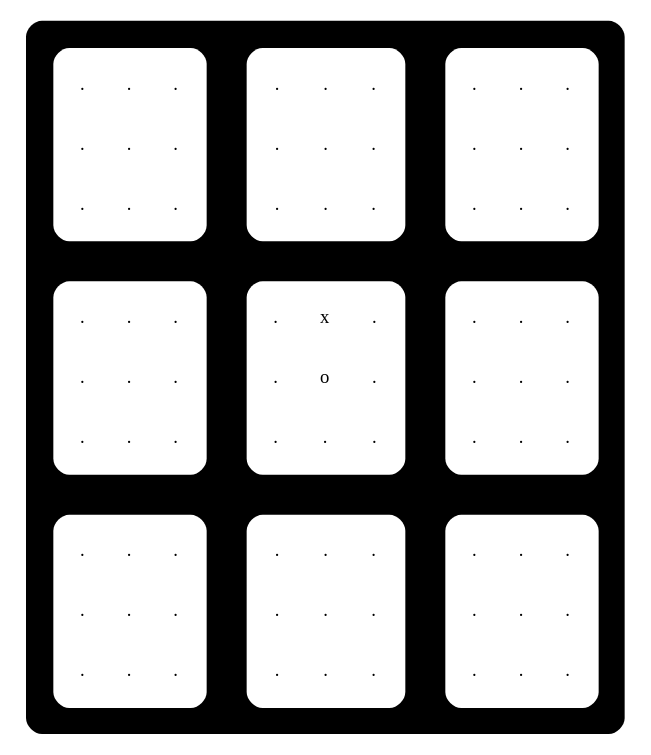
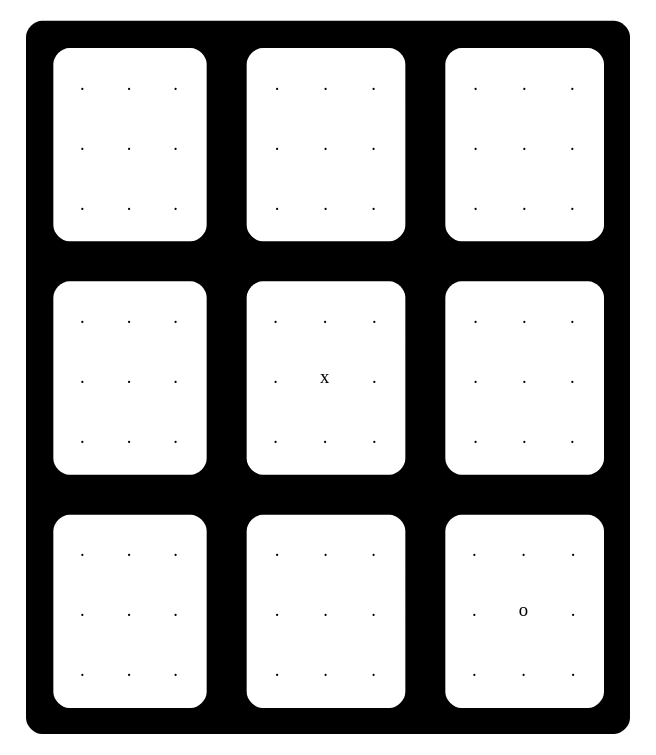
Before and after one commit to NicolasCestMoi/filrougeVRAI: the diagram in filrougesuite-codespace-stunning-space-trout-pvwr4pq6qpqf64rv/filrougeAAP-main/super_morpion/morpionUlt.dot, drawn with Graphviz. The commit also changed other lines of this file and 2 other files, not shown here.

```diff
--- a/filrougesuite-codespace-stunning-space-trout-pvwr4pq6qpqf64rv/filrougeAAP-main/super_morpion/morpionUlt.dot
+++ b/filrougesuite-codespace-stunning-space-trout-pvwr4pq6qpqf64rv/filrougeAAP-main/super_morpion/morpionUlt.dot
@@ -1,182 +1,182 @@
 digraph {
   a0 [shape=none label=<<TABLE border="0" cellspacing="10" cellpadding="10" style="rounded" bgcolor="black">
     <TR>
 <TD bgcolor="black">
 <TABLE border="0" cellspacing="10" cellpadding="10" style="rounded" bgcolor="white">
   <TR>
     <TD bgcolor="white">.</TD>
     <TD bgcolor="white">.</TD>
     <TD bgcolor="white">.</TD>
   </TR>
   <TR>
     <TD bgcolor="white">.</TD>
     <TD bgcolor="white">.</TD>
     <TD bgcolor="white">.</TD>
   </TR>
   <TR>
     <TD bgcolor="white">.</TD>
     <TD bgcolor="white">.</TD>
     <TD bgcolor="white">.</TD>
   </TR>
 </TABLE>
 </TD>
 <TD bgcolor="black">
 <TABLE border="0" cellspacing="10" cellpadding="10" style="rounded" bgcolor="white">
   <TR>
     <TD bgcolor="white">.</TD>
     <TD bgcolor="white">.</TD>
     <TD bgcolor="white">.</TD>
   </TR>
   <TR>
     <TD bgcolor="white">.</TD>
     <TD bgcolor="white">.</TD>
     <TD bgcolor="white">.</TD>
   </TR>
   <TR>
     <TD bgcolor="white">.</TD>
     <TD bgcolor="white">.</TD>
     <TD bgcolor="white">.</TD>
   </TR>
 </TABLE>
 </TD>
 <TD bgcolor="black">
 <TABLE border="0" cellspacing="10" cellpadding="10" style="rounded" bgcolor="white">
   <TR>
     <TD bgcolor="white">.</TD>
     <TD bgcolor="white">.</TD>
     <TD bgcolor="white">.</TD>
   </TR>
   <TR>
     <TD bgcolor="white">.</TD>
     <TD bgcolor="white">.</TD>
     <TD bgcolor="white">.</TD>
   </TR>
   <TR>
     <TD bgcolor="white">.</TD>
     <TD bgcolor="white">.</TD>
     <TD bgcolor="white">.</TD>
   </TR>
 </TABLE>
 </TD>
  </TR>
  <TR>
 <TD bgcolor="black">
 <TABLE border="0" cellspacing="10" cellpadding="10" style="rounded" bgcolor="white">
   <TR>
     <TD bgcolor="white">.</TD>
     <TD bgcolor="white">.</TD>
     <TD bgcolor="white">.</TD>
   </TR>
   <TR>
     <TD bgcolor="white">.</TD>
     <TD bgcolor="white">.</TD>
     <TD bgcolor="white">.</TD>
   </TR>
   <TR>
     <TD bgcolor="white">.</TD>
     <TD bgcolor="white">.</TD>
     <TD bgcolor="white">.</TD>
   </TR>
 </TABLE>
 </TD>
 <TD bgcolor="black">
 <TABLE border="0" cellspacing="10" cellpadding="10" style="rounded" bgcolor="white">
   <TR>
     <TD bgcolor="white">.</TD>
-    <TD bgcolor="white">x</TD>
+    <TD bgcolor="white">.</TD>
     <TD bgcolor="white">.</TD>
   </TR>
   <TR>
     <TD bgcolor="white">.</TD>
-    <TD bgcolor="white">o</TD>
+    <TD bgcolor="white">x</TD>
     <TD bgcolor="white">.</TD>
   </TR>
   <TR>
     <TD bgcolor="white">.</TD>
     <TD bgcolor="white">.</TD>
     <TD bgcolor="white">.</TD>
   </TR>
 </TABLE>
 </TD>
 <TD bgcolor="black">
 <TABLE border="0" cellspacing="10" cellpadding="10" style="rounded" bgcolor="white">
   <TR>
     <TD bgcolor="white">.</TD>
     <TD bgcolor="white">.</TD>
     <TD bgcolor="white">.</TD>
   </TR>
   <TR>
     <TD bgcolor="white">.</TD>
     <TD bgcolor="white">.</TD>
     <TD bgcolor="white">.</TD>
   </TR>
   <TR>
     <TD bgcolor="white">.</TD>
     <TD bgcolor="white">.</TD>
     <TD bgcolor="white">.</TD>
   </TR>
 </TABLE>
 </TD>
  </TR>
  <TR>
 <TD bgcolor="black">
 <TABLE border="0" cellspacing="10" cellpadding="10" style="rounded" bgcolor="white">
   <TR>
     <TD bgcolor="white">.</TD>
     <TD bgcolor="white">.</TD>
     <TD bgcolor="white">.</TD>
   </TR>
   <TR>
     <TD bgcolor="white">.</TD>
     <TD bgcolor="white">.</TD>
     <TD bgcolor="white">.</TD>
   </TR>
   <TR>
     <TD bgcolor="white">.</TD>
     <TD bgcolor="white">.</TD>
     <TD bgcolor="white">.</TD>
   </TR>
 </TABLE>
 </TD>
 <TD bgcolor="black">
 <TABLE border="0" cellspacing="10" cellpadding="10" style="rounded" bgcolor="white">
   <TR>
     <TD bgcolor="white">.</TD>
     <TD bgcolor="white">.</TD>
     <TD bgcolor="white">.</TD>
   </TR>
   <TR>
     <TD bgcolor="white">.</TD>
     <TD bgcolor="white">.</TD>
     <TD bgcolor="white">.</TD>
   </TR>
   <TR>
     <TD bgcolor="white">.</TD>
     <TD bgcolor="white">.</TD>
     <TD bgcolor="white">.</TD>
   </TR>
 </TABLE>
 </TD>
 <TD bgcolor="black">
 <TABLE border="0" cellspacing="10" cellpadding="10" style="rounded" bgcolor="white">
   <TR>
     <TD bgcolor="white">.</TD>
     <TD bgcolor="white">.</TD>
     <TD bgcolor="white">.</TD>
   </TR>
   <TR>
     <TD bgcolor="white">.</TD>
-    <TD bgcolor="white">.</TD>
+    <TD bgcolor="white">o</TD>
     <TD bgcolor="white">.</TD>
   </TR>
   <TR>
     <TD bgcolor="white">.</TD>
     <TD bgcolor="white">.</TD>
     <TD bgcolor="white">.</TD>
   </TR>
 </TABLE>
 </TD>
  </TR>
  </TABLE>
 >];
 }
```
